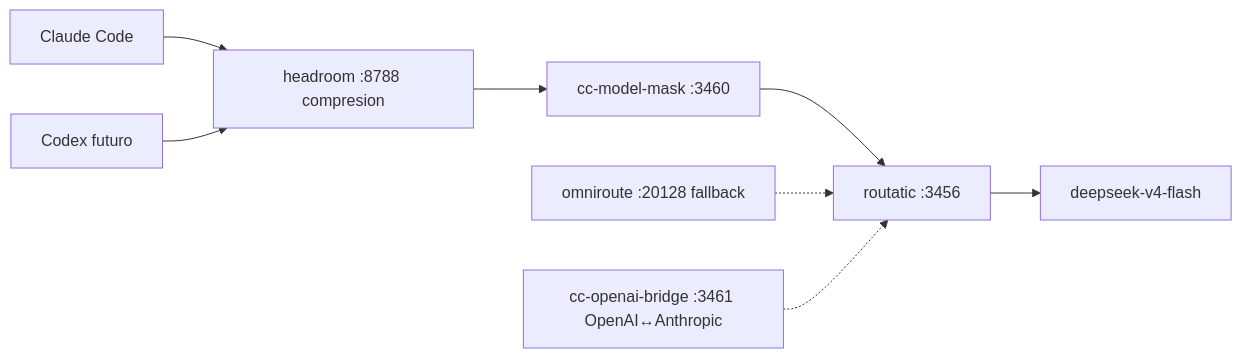
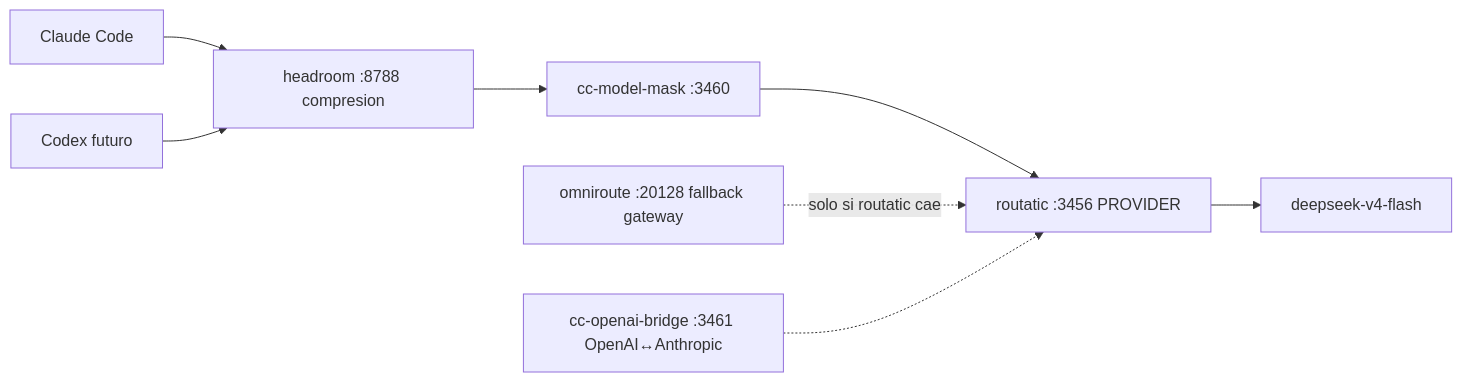
One commit to Solar2004/alexandria-ai changed the third of 3 diagrams in plan/02-architecture.md. Above: the diagram before and after it, drawn with Mermaid. The commit also changed other lines of this file and 41 other files, not shown here.

````diff
--- a/plan/02-architecture.md
+++ b/plan/02-architecture.md
@@ -146,10 +146,10 @@
 ```mermaid
 flowchart LR
     CC[Claude Code] --> H[headroom :8788 compresion]
     H --> MASK[cc-model-mask :3460]
-    MASK --> R[routatic :3456]
+    MASK --> R[routatic :3456 PROVIDER]
     R --> DS[deepseek-v4-flash]
-    OMNI[omniroute :20128 fallback] -.-> R
+    OMNI[omniroute :20128 fallback gateway] -.->|solo si routatic cae| R
     BR[cc-openai-bridge :3461 OpenAI↔Anthropic] -.-> R
     CC2[Codex futuro] --> H
 ```
````
